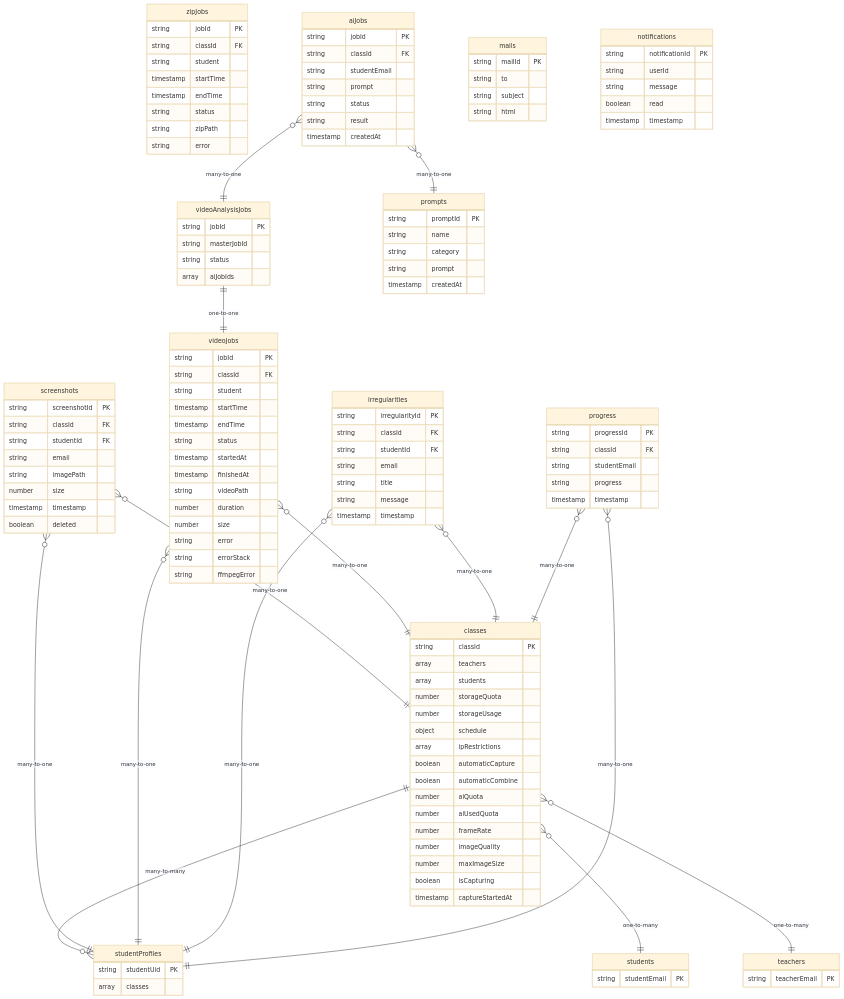
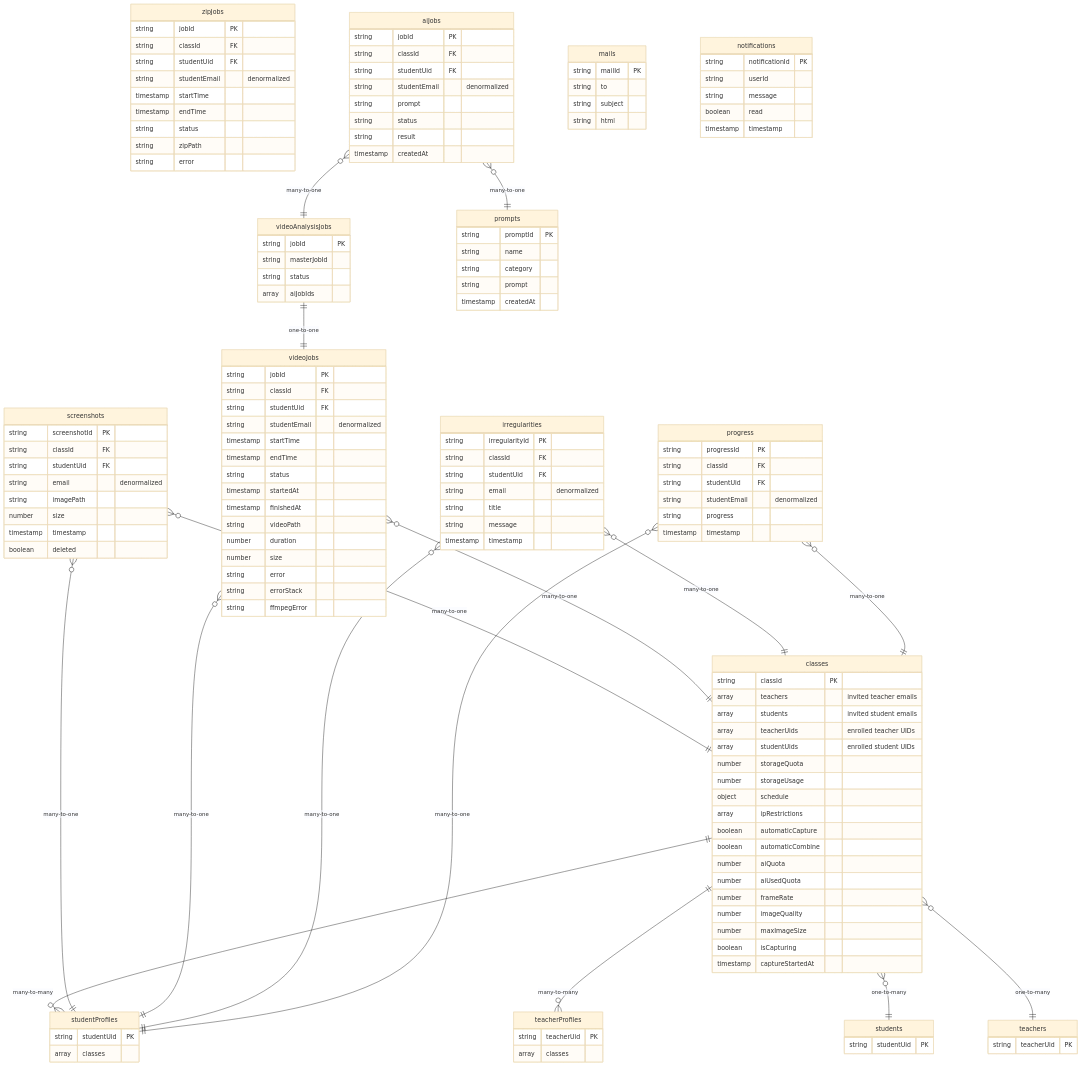
Before and after one commit to wongcyrus/Gemini-AI-Classroom-Assistant: the diagram in docs/firestore-schema.md, drawn with Mermaid (base theme). The commit also changed other lines of this file and 31 other files, not shown here.

```diff
--- a/docs/firestore-schema.md
+++ b/docs/firestore-schema.md
@@ -8,8 +8,10 @@
 erDiagram
     classes {
         string classId PK
-        array teachers
-        array students
+        array teachers "invited teacher emails"
+        array students "invited student emails"
+        array teacherUids "enrolled teacher UIDs"
+        array studentUids "enrolled student UIDs"
         number storageQuota
         number storageUsage
         object schedule
@@ -25,24 +27,29 @@
         timestamp captureStartedAt
     }
 
+    teacherProfiles {
+        string teacherUid PK
+        array classes
+    }
+
     studentProfiles {
         string studentUid PK
         array classes
     }
 
     students {
-        string studentEmail PK
+        string studentUid PK
     }
 
     teachers {
-        string teacherEmail PK
+        string teacherUid PK
     }
 
     screenshots {
         string screenshotId PK
         string classId FK
-        string studentId FK
-        string email
+        string studentUid FK
+        string email "denormalized"
         string imagePath
         number size
         timestamp timestamp
@@ -52,7 +59,8 @@
     videoJobs {
         string jobId PK
         string classId FK
-        string student
+        string studentUid FK
+        string studentEmail "denormalized"
         timestamp startTime
         timestamp endTime
         string status
@@ -69,7 +77,8 @@
     zipJobs {
         string jobId PK
         string classId FK
-        string student
+        string studentUid FK
+        string studentEmail "denormalized"
         timestamp startTime
         timestamp endTime
         string status
@@ -87,7 +96,8 @@
     aiJobs {
         string jobId PK
         string classId FK
-        string studentEmail
+        string studentUid FK
+        string studentEmail "denormalized"
         string prompt
         string status
         string result
@@ -97,8 +107,8 @@
     irregularities {
         string irregularityId PK
         string classId FK
-        string studentId FK
-        string email
+        string studentUid FK
+        string email "denormalized"
         string title
         string message
         timestamp timestamp
@@ -122,7 +132,8 @@
     progress {
         string progressId PK
         string classId FK
-        string studentEmail
+        string studentUid FK
+        string studentEmail "denormalized"
         string progress
         timestamp timestamp
     }
@@ -136,6 +147,7 @@
     }
 
     classes ||--o{ studentProfiles : "many-to-many"
+    classes ||--o{ teacherProfiles : "many-to-many"
     classes }o--|| students : "one-to-many"
     classes }o--|| teachers : "one-to-many"
     screenshots }o--|| classes : "many-to-one"
```
